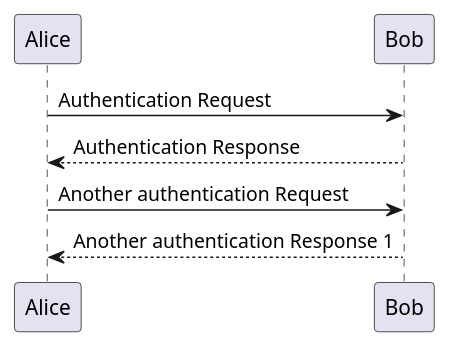
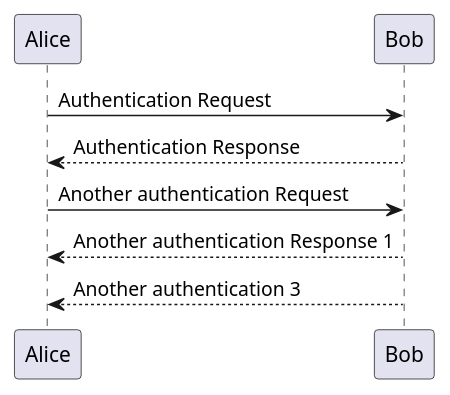
Before and after one commit to hanguyenhaidang/Demo-Signin-Facebook-and-Google: the diagram in README.md, drawn with PlantUML.

````diff
--- a/README.md
+++ b/README.md
@@ -1,9 +1,10 @@
 ```plantuml
 @startuml
 Alice -> Bob: Authentication Request
 Bob --> Alice: Authentication Response
 
 Alice -> Bob: Another authentication Request
 Alice <-- Bob: Another authentication Response 1
+Alice <-- Bob: Another authentication 3
 @enduml
 ```
````
